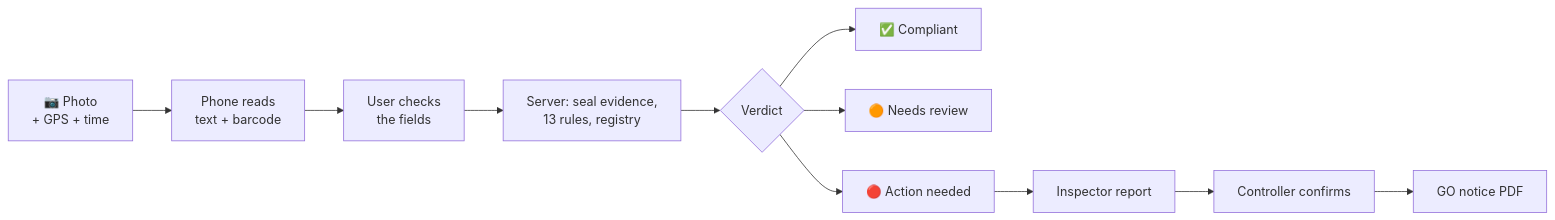
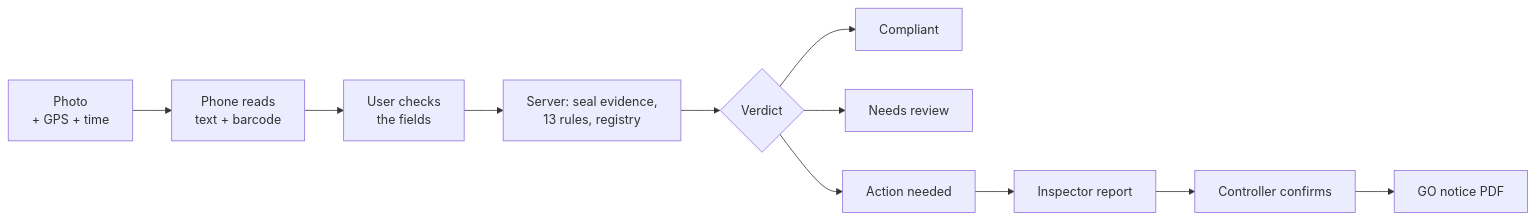
One commit to Lokeshraj2006/LMCS changed the diagram in README.md. Above: the diagram before and after it, drawn with Mermaid. The commit also changed other lines of this file, not shown here.

````diff
--- a/README.md
+++ b/README.md
@@ -34,11 +34,11 @@
 ```mermaid
 flowchart LR
-    A["📷 Photo<br/>+ GPS + time"] --> B["Phone reads<br/>text + barcode"]
+    A["Photo<br/>+ GPS + time"] --> B["Phone reads<br/>text + barcode"]
     B --> C["User checks<br/>the fields"]
     C --> D["Server: seal evidence,<br/>13 rules, registry"]
     D --> E{"Verdict"}
-    E --> F["✅ Compliant"]
-    E --> G["🟠 Needs review"]
-    E --> H["🔴 Action needed"]
+    E --> F["Compliant"]
+    E --> G["Needs review"]
+    E --> H["Action needed"]
     H --> I["Inspector report"] --> J["Controller confirms"] --> K["GO notice PDF"]
 ```
````
